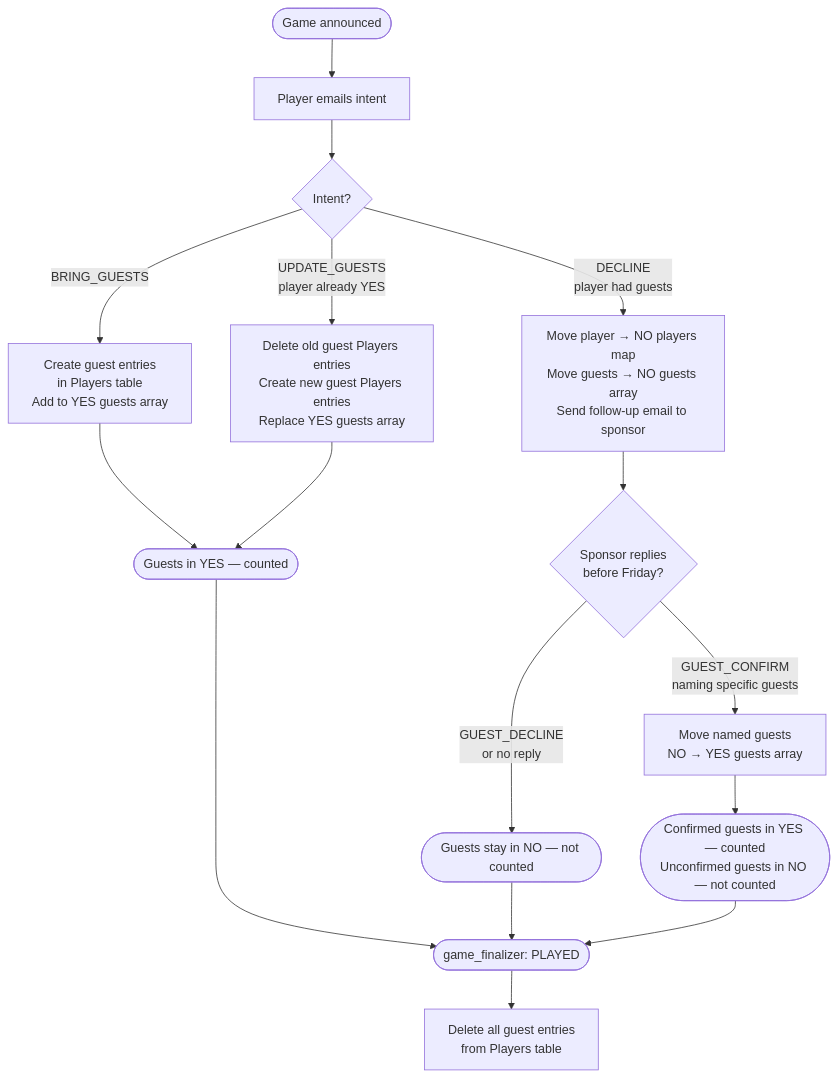
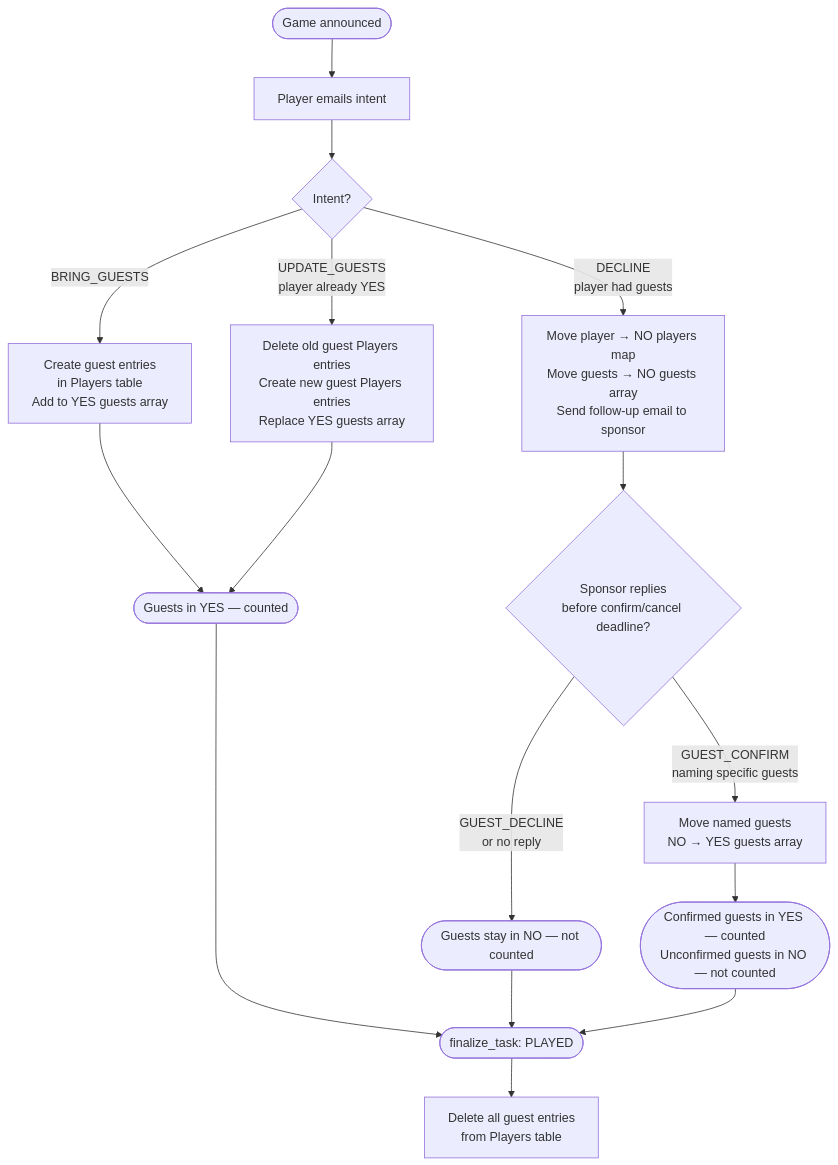
The diagram in docs/architecture.md (mmithileash/basketball-game-scheduler), drawn with Mermaid before and after one commit. The commit also changed other lines of this file and 1 other file, not shown here.

First line of the commit message:
docs: sync README + architecture with pk schema and per-game policy

````diff
--- a/docs/architecture.md
+++ b/docs/architecture.md
@@ -177,26 +209,26 @@
 ```mermaid
 flowchart TD
     A([Game announced]) --> B[Player emails intent]
 
     B --> C{Intent?}
 
     C -->|BRING_GUESTS| D[Create guest entries\nin Players table\nAdd to YES guests array]
     C -->|UPDATE_GUESTS\nplayer already YES| E[Delete old guest Players entries\nCreate new guest Players entries\nReplace YES guests array]
     C -->|DECLINE\nplayer had guests| F[Move player → NO players map\nMove guests → NO guests array\nSend follow-up email to sponsor]
 
     D --> G([Guests in YES — counted])
     E --> G
 
-    F --> H{Sponsor replies\nbefore Friday?}
+    F --> H{Sponsor replies\nbefore confirm/cancel deadline?}
 
     H -->|GUEST_CONFIRM\nnaming specific guests| I[Move named guests\nNO → YES guests array]
     H -->|GUEST_DECLINE\nor no reply| J([Guests stay in NO — not counted])
 
     I --> K([Confirmed guests in YES — counted\nUnconfirmed guests in NO — not counted])
 
-    G --> L([game_finalizer: PLAYED])
+    G --> L([finalize_task: PLAYED])
     J --> L
     K --> L
 
     L --> M[Delete all guest entries\nfrom Players table]
 ```
````
